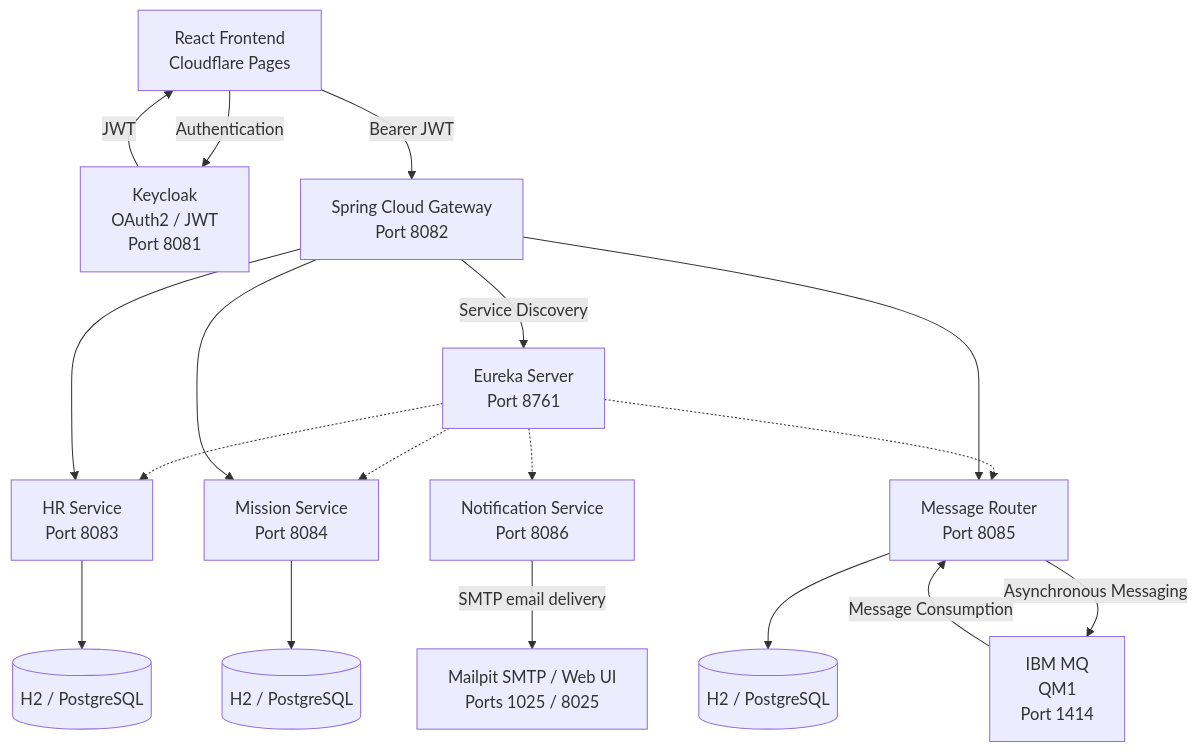
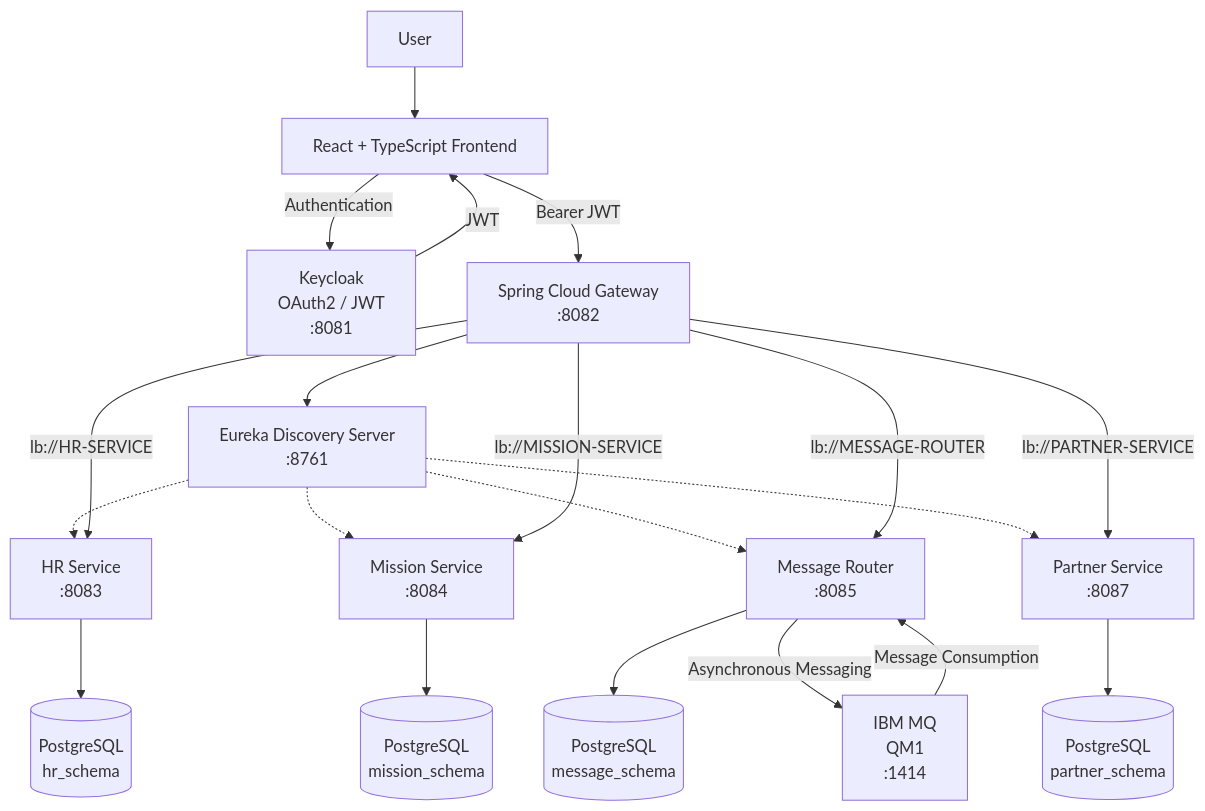
One commit to youssefJmaiel/bankapp-microservice changed the diagram in README.md. Above: the diagram before and after it, drawn with Mermaid. The commit also changed other lines of this file, not shown here.

````diff
--- a/README.md
+++ b/README.md
@@ -115,50 +77,51 @@
 ```mermaid
 flowchart TB
 
-    CLIENT["React Frontend<br/>Cloudflare Pages"]
+    USER["User"]
 
-    KC["Keycloak<br/>OAuth2 / JWT<br/>Port 8081"]
+    FRONT["React + TypeScript Frontend"]
 
-    GW["Spring Cloud Gateway<br/>Port 8082"]
+    KC["Keycloak<br/>OAuth2 / JWT<br/>:8081"]
 
-    EUREKA["Eureka Server<br/>Port 8761"]
+    GW["Spring Cloud Gateway<br/>:8082"]
 
-    HR["HR Service<br/>Port 8083"]
+    EUREKA["Eureka Discovery Server<br/>:8761"]
 
-    MISSION["Mission Service<br/>Port 8084"]
+    HR["HR Service<br/>:8083"]
+    MISSION["Mission Service<br/>:8084"]
+    MSG["Message Router<br/>:8085"]
+    PARTNER["Partner Service<br/>:8087"]
 
-    MSG["Message Router<br/>Port 8085"]
+    HRDB[("PostgreSQL<br/>hr_schema")]
+    MISSIONDB[("PostgreSQL<br/>mission_schema")]
+    MSGDB[("PostgreSQL<br/>message_schema")]
+    PARTNERDB[("PostgreSQL<br/>partner_schema")]
 
-    NOTIF["Notification Service<br/>Port 8086"]
-    MAILPIT["Mailpit SMTP / Web UI<br/>Ports 1025 / 8025"]
+    MQ["IBM MQ<br/>QM1<br/>:1414"]
 
-    HRDB[("H2 / PostgreSQL")]
-    MISSIONDB[("H2 / PostgreSQL")]
-    MSGDB[("H2 / PostgreSQL")]
+    USER --> FRONT
+    FRONT -->|"Authentication"| KC
+    KC -->|"JWT"| FRONT
 
-    MQ["IBM MQ<br/>QM1<br/>Port 1414"]
+    FRONT -->|"Bearer JWT"| GW
 
-    CLIENT -->|"Authentication"| KC
-    KC -->|"JWT"| CLIENT
-
-    CLIENT -->|"Bearer JWT"| GW
-
-    GW -->|"Service Discovery"| EUREKA
+    GW --> EUREKA
 
     EUREKA -.-> HR
     EUREKA -.-> MISSION
     EUREKA -.-> MSG
-    EUREKA -.-> NOTIF
+    EUREKA -.-> PARTNER
 
-    GW --> HR
-    GW --> MISSION
-    GW --> MSG
+    GW -->|"lb://HR-SERVICE"| HR
+    GW -->|"lb://MISSION-SERVICE"| MISSION
+    GW -->|"lb://MESSAGE-ROUTER"| MSG
+    GW -->|"lb://PARTNER-SERVICE"| PARTNER
 
     HR --> HRDB
     MISSION --> MISSIONDB
     MSG --> MSGDB
-    NOTIF -->|"SMTP email delivery"| MAILPIT
+    PARTNER --> PARTNERDB
 
     MSG -->|"Asynchronous Messaging"| MQ
     MQ -->|"Message Consumption"| MSG
 ```
````
